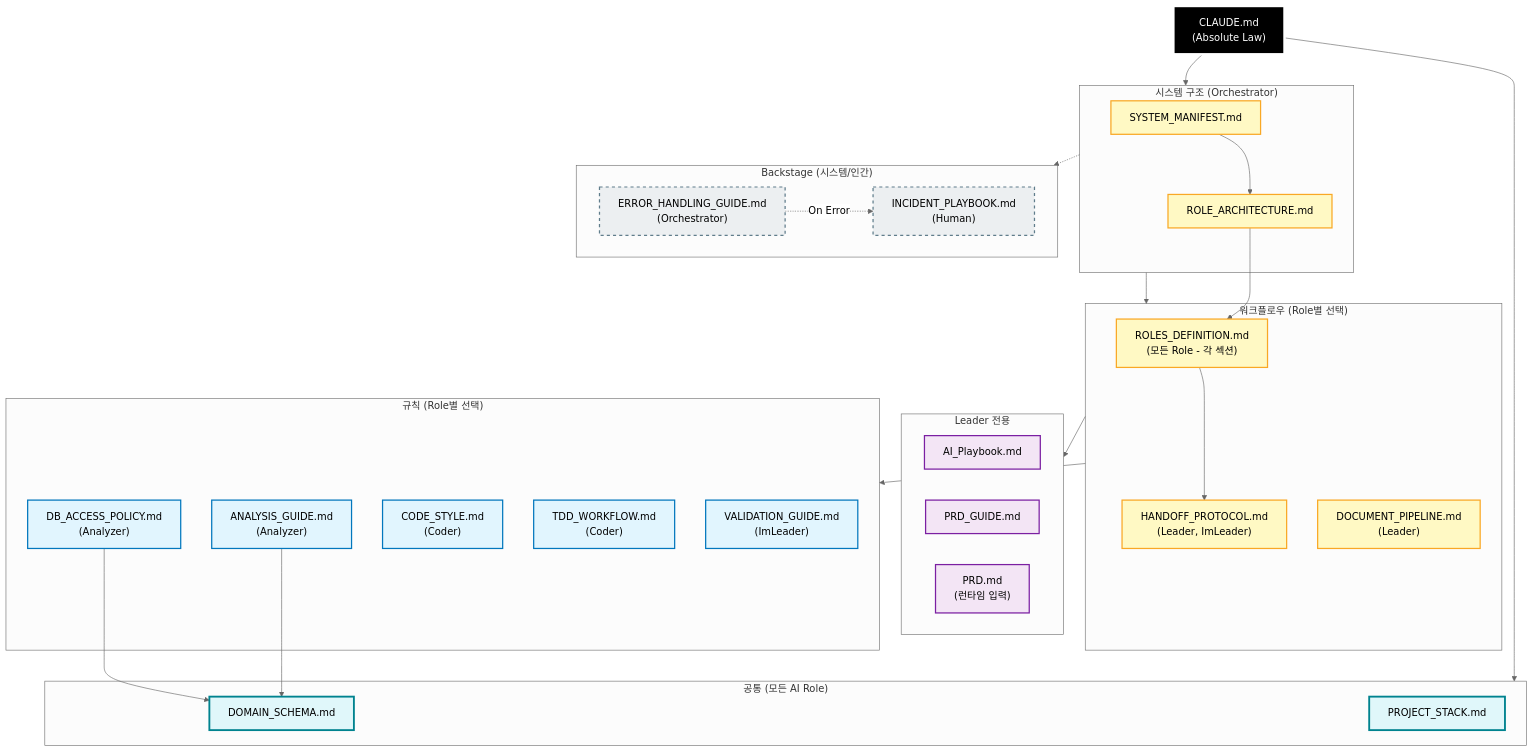
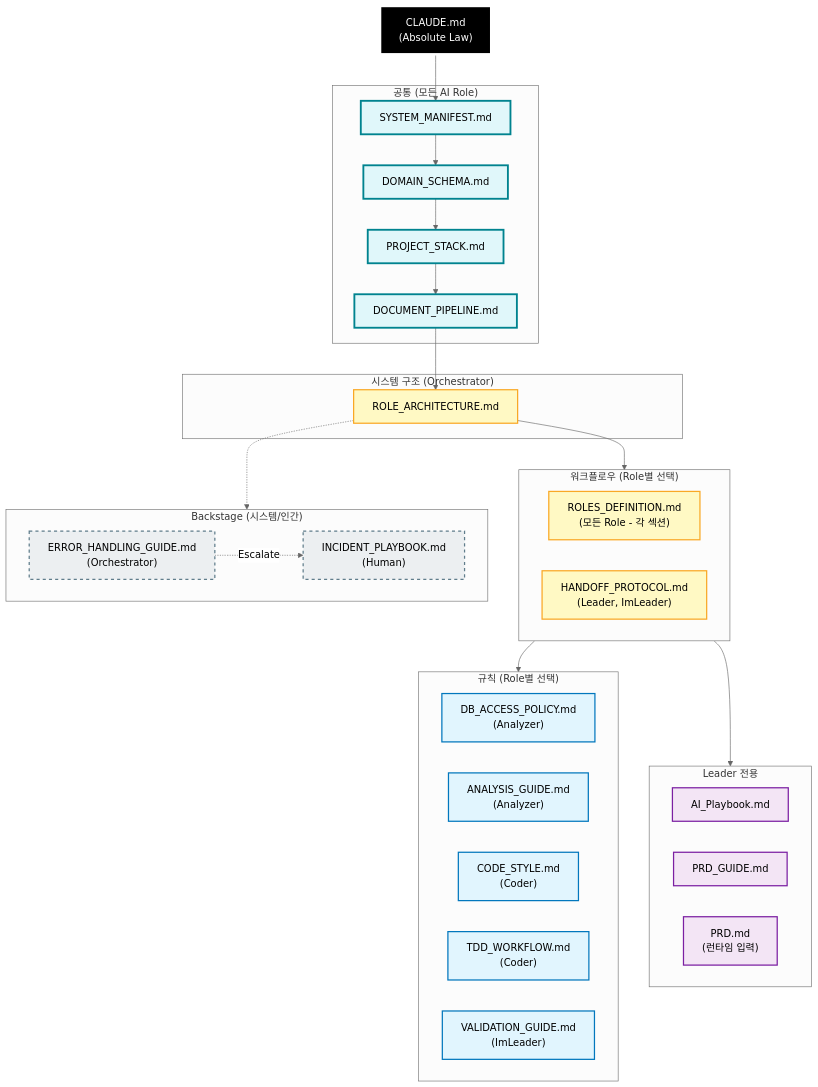
The third of 7 diagrams in ATO-System-B/.claude/README.md (Jelly1104/orchestrator), drawn with Mermaid (neutral theme) before and after one commit. The commit also changed other lines of this file and 53 other files, not shown here.

````diff
--- a/ATO-System-B/.claude/README.md
+++ b/ATO-System-B/.claude/README.md
@@ -209,70 +212,70 @@
 ```mermaid
 graph TD
     %% 스타일 정의
     classDef constitution fill:#000,stroke:#fff,stroke-width:4px,color:#fff;
     classDef common fill:#e0f7fa,stroke:#00838f,stroke-width:3px;
     classDef workflow fill:#fff9c4,stroke:#f9a825,stroke-width:2px;
     classDef rule fill:#e1f5fe,stroke:#0277bd,stroke-width:2px;
     classDef leader fill:#f3e5f5,stroke:#7b1fa2,stroke-width:2px;
     classDef backstage fill:#eceff1,stroke:#607d8b,stroke-width:2px,stroke-dasharray: 5 5;
 
     %% 1. 헌법 (Constitution)
     CLAUDE["CLAUDE.md<br/>(Absolute Law)"]:::constitution
 
-    %% 2. 공통 문서 (모든 Role)
+    %% 2. 공통 문서 (모든 Role) - 순차 로딩
     subgraph COMMON ["공통 (모든 AI Role)"]
+        MANIFEST["SYSTEM_MANIFEST.md"]:::common
         SCHEMA["DOMAIN_SCHEMA.md"]:::common
         STACK["PROJECT_STACK.md"]:::common
+        DOCPIPE["DOCUMENT_PIPELINE.md"]:::common
     end
 
     %% 3. 시스템 구조 문서 (Orchestrator)
     subgraph SYSTEM ["시스템 구조 (Orchestrator)"]
-        MANIFEST["SYSTEM_MANIFEST.md"]:::workflow
         ARCH["ROLE_ARCHITECTURE.md"]:::workflow
     end
 
     %% 4. 워크플로우 문서 (Role별 선택 로딩)
     subgraph WORKFLOWS ["워크플로우 (Role별 선택)"]
         ROLES["ROLES_DEFINITION.md<br/>(모든 Role - 각 섹션)"]:::workflow
         HANDOFF["HANDOFF_PROTOCOL.md<br/>(Leader, ImLeader)"]:::workflow
-        PIPELINE["DOCUMENT_PIPELINE.md<br/>(Leader)"]:::workflow
     end
 
     %% 5. 규칙 문서 (Role별 선택 로딩)
     subgraph RULES ["규칙 (Role별 선택)"]
         POLICY["DB_ACCESS_POLICY.md<br/>(Analyzer)"]:::rule
         ANALYSIS["ANALYSIS_GUIDE.md<br/>(Analyzer)"]:::rule
         STYLE["CODE_STYLE.md<br/>(Coder)"]:::rule
         TDD["TDD_WORKFLOW.md<br/>(Coder)"]:::rule
         VALID["VALIDATION_GUIDE.md<br/>(ImLeader)"]:::rule
     end
 
     %% 6. Leader 전용 문서
     subgraph LEADER ["Leader 전용"]
         PLAYBOOK["AI_Playbook.md"]:::leader
         PRD_G["PRD_GUIDE.md"]:::leader
         PRD_INPUT["PRD.md<br/>(런타임 입력)"]:::leader
     end
 
     %% 7. Backstage (시스템/인간 전용)
     subgraph BACKSTAGE ["Backstage (시스템/인간)"]
         ERROR["ERROR_HANDLING_GUIDE.md<br/>(Orchestrator)"]:::backstage
         INCIDENT["INCIDENT_PLAYBOOK.md<br/>(Human)"]:::backstage
     end
 
-    %% 의존성 관계
-    CLAUDE --> COMMON
-    CLAUDE --> SYSTEM
-    SYSTEM --> WORKFLOWS
+    %% 위계 관계 (헌법 → 공통 → 시스템)
+    CLAUDE --> MANIFEST
+    MANIFEST --> SCHEMA
+    SCHEMA --> STACK
+    STACK --> DOCPIPE
+    DOCPIPE --> ARCH
+
+    %% 시스템 → 하위 그룹
+    ARCH --> WORKFLOWS
     WORKFLOWS --> RULES
     WORKFLOWS --> LEADER
-    SYSTEM -.-> BACKSTAGE
+    ARCH -.-> BACKSTAGE
 
-    %% 문서 간 참조 관계
-    MANIFEST --> ARCH
-    ARCH --> ROLES
-    ROLES --> HANDOFF
-    POLICY --> SCHEMA
-    ANALYSIS --> SCHEMA
-    ERROR -.->|"On Error"| INCIDENT
+    %% Backstage 내부
+    ERROR -.->|"Escalate"| INCIDENT
 ```
````
